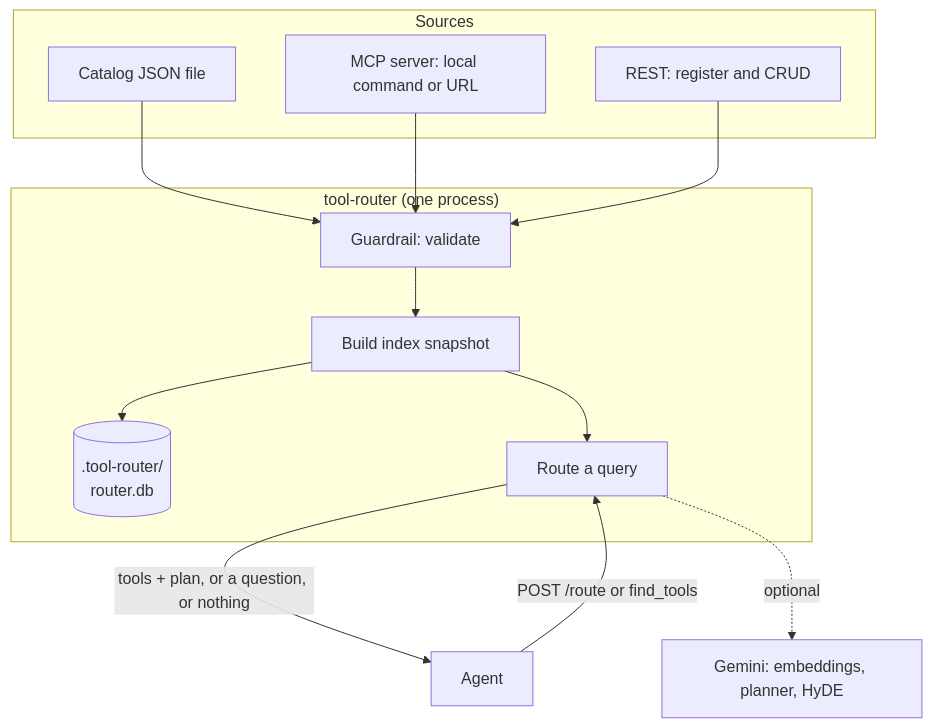
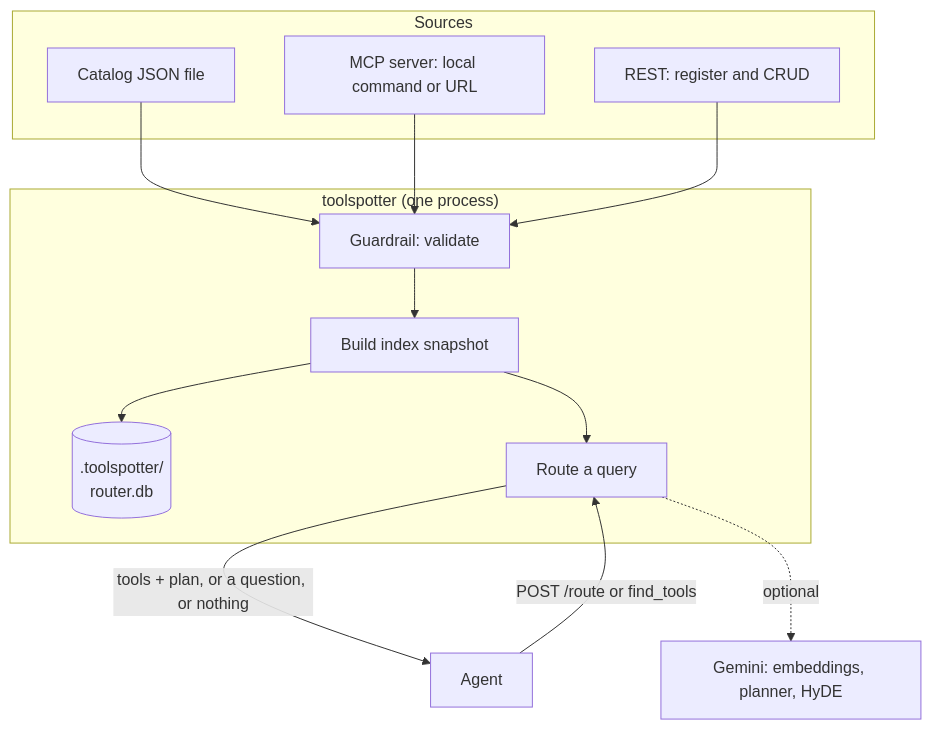
The diagram in docs/design/architecture.md (akshraj-05/tool-router), drawn with Mermaid before and after one commit. The commit also changed other lines of this file and 136 other files, not shown here.

Commit message:
Rename Tool Router to ToolSpotter

````diff
--- a/docs/design/architecture.md
+++ b/docs/design/architecture.md
@@ -13,19 +13,19 @@
 ```mermaid
 flowchart TB
   subgraph Sources
     F[Catalog JSON file]
     M[MCP server: local command or URL]
     R[REST: register and CRUD]
   end
-  subgraph Process["tool-router (one process)"]
+  subgraph Process["toolspotter (one process)"]
     G[Guardrail: validate] --> I[Build index snapshot]
-    I --> S[(.tool-router/<br/>router.db)]
+    I --> S[(.toolspotter/<br/>router.db)]
     I --> Q[Route a query]
   end
   F --> G
   M --> G
   R --> G
   A[Agent] -->|"POST /route or find_tools"| Q
   Q -->|"tools + plan, or a question, or nothing"| A
   Q -.->|optional| L[Gemini: embeddings, planner, HyDE]
 ```
````
